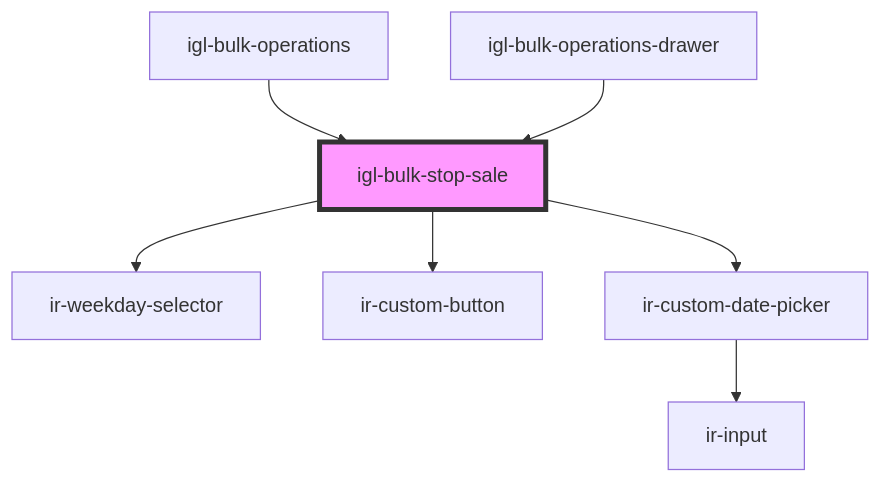
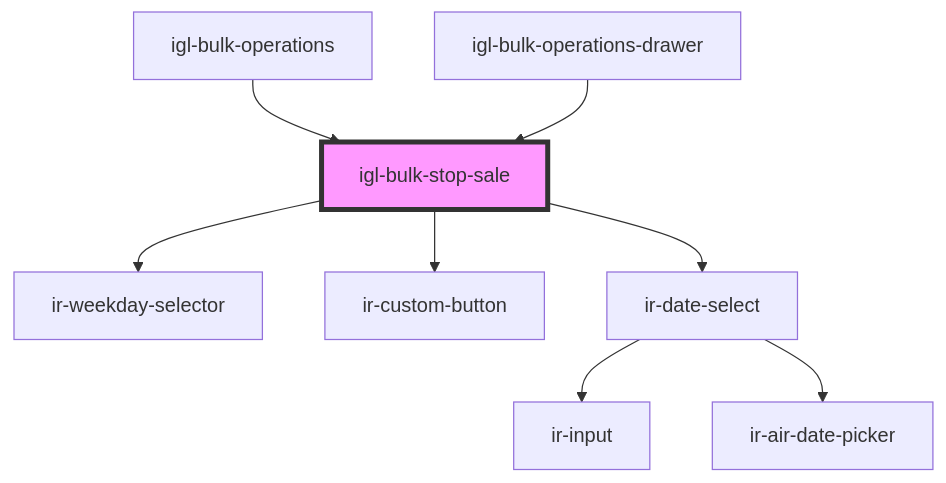
One commit to RonyRizk/ir-webcmp changed the diagram in src/components/igloo-calendar/igl-bulk-operations/igl-bulk-stop-sale/readme.md. Above: the diagram before and after it, drawn with Mermaid. The commit also changed other lines of this file and 586 other files, not shown here.

````diff
--- a/src/components/igloo-calendar/igl-bulk-operations/igl-bulk-stop-sale/readme.md
+++ b/src/components/igloo-calendar/igl-bulk-operations/igl-bulk-stop-sale/readme.md
@@ -40,10 +40,11 @@
 ```mermaid
 graph TD;
   igl-bulk-stop-sale --> ir-weekday-selector
   igl-bulk-stop-sale --> ir-custom-button
-  igl-bulk-stop-sale --> ir-custom-date-picker
-  ir-custom-date-picker --> ir-input
+  igl-bulk-stop-sale --> ir-date-select
+  ir-date-select --> ir-input
+  ir-date-select --> ir-air-date-picker
   igl-bulk-operations --> igl-bulk-stop-sale
   igl-bulk-operations-drawer --> igl-bulk-stop-sale
   style igl-bulk-stop-sale fill:#f9f,stroke:#333,stroke-width:4px
 ```
````
